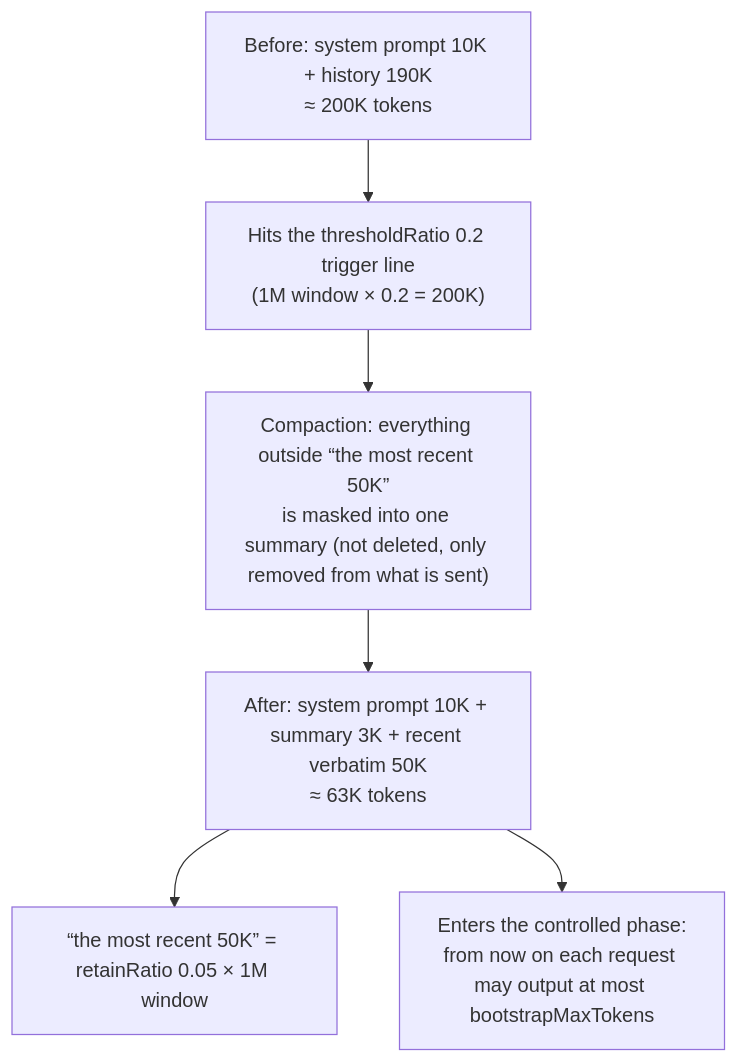
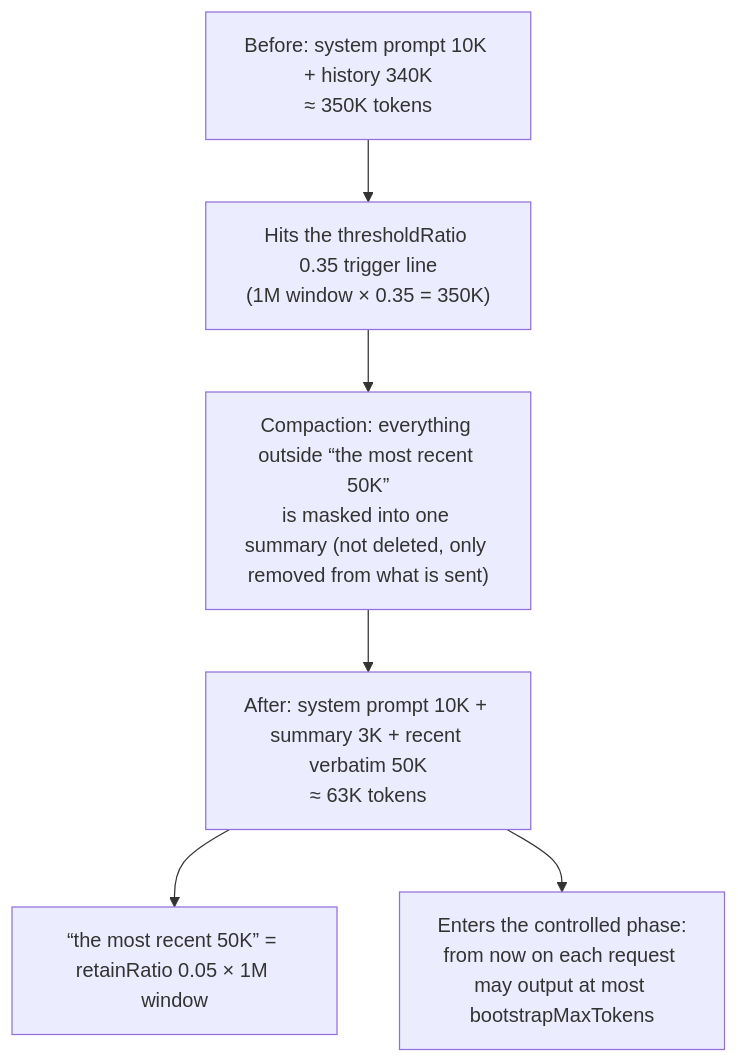
Before and after one commit to zhuto666/dsh-compact-agents: the diagram in README.en.md, drawn with Mermaid. The commit also changed other lines of this file and 6 other files, not shown here.

````diff
--- a/README.en.md
+++ b/README.en.md
@@ -325,8 +325,8 @@
 ```mermaid
 flowchart TD
-    A["Before: system prompt 10K + history 190K<br/>≈ 200K tokens"] --> B["Hits the thresholdRatio 0.2 trigger line<br/>(1M window × 0.2 = 200K)"]
+    A["Before: system prompt 10K + history 340K<br/>≈ 350K tokens"] --> B["Hits the thresholdRatio 0.35 trigger line<br/>(1M window × 0.35 = 350K)"]
     B --> C["Compaction: everything outside “the most recent 50K”<br/>is masked into one summary (not deleted, only removed from what is sent)"]
     C --> D["After: system prompt 10K + summary 3K + recent verbatim 50K<br/>≈ 63K tokens"]
     D --> E["“the most recent 50K” = retainRatio 0.05 × 1M window"]
     D --> F["Enters the controlled phase:<br/>from now on each request may output at most bootstrapMaxTokens"]
 ```
````
